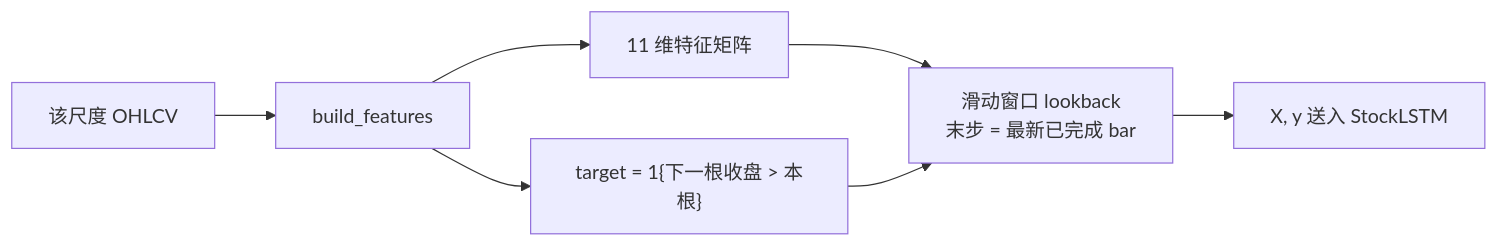
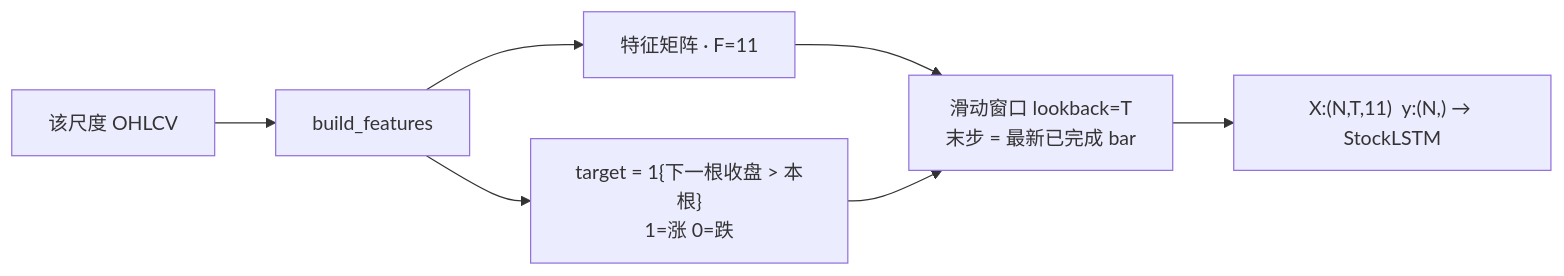
Before and after one commit to fanqingsong/stock_predictive: diagram 11 of 11 in docs/model-architecture.md, drawn with Mermaid. The commit also changed other lines of this file, not shown here.

First line of the commit message:
Expand model architecture docs with dual-flow LSTM topology diagrams.

````diff
--- a/docs/model-architecture.md
+++ b/docs/model-architecture.md
@@ -290,9 +523,9 @@
 ```mermaid
 flowchart LR
   OHLCV[该尺度 OHLCV] --> FE[build_features]
-  FE --> Feat["11 维特征矩阵"]
-  FE --> Y["target = 1{下一根收盘 > 本根}"]
-  Feat --> SEQ["滑动窗口 lookback\n末步 = 最新已完成 bar"]
+  FE --> Feat["特征矩阵 · F=11"]
+  FE --> Y["target = 1{下一根收盘 > 本根}<br/>1=涨 0=跌"]
+  Feat --> SEQ["滑动窗口 lookback=T<br/>末步 = 最新已完成 bar"]
   Y --> SEQ
-  SEQ --> X["X, y 送入 StockLSTM"]
+  SEQ --> X["X:(N,T,11)  y:(N,) → StockLSTM"]
 ```
````
